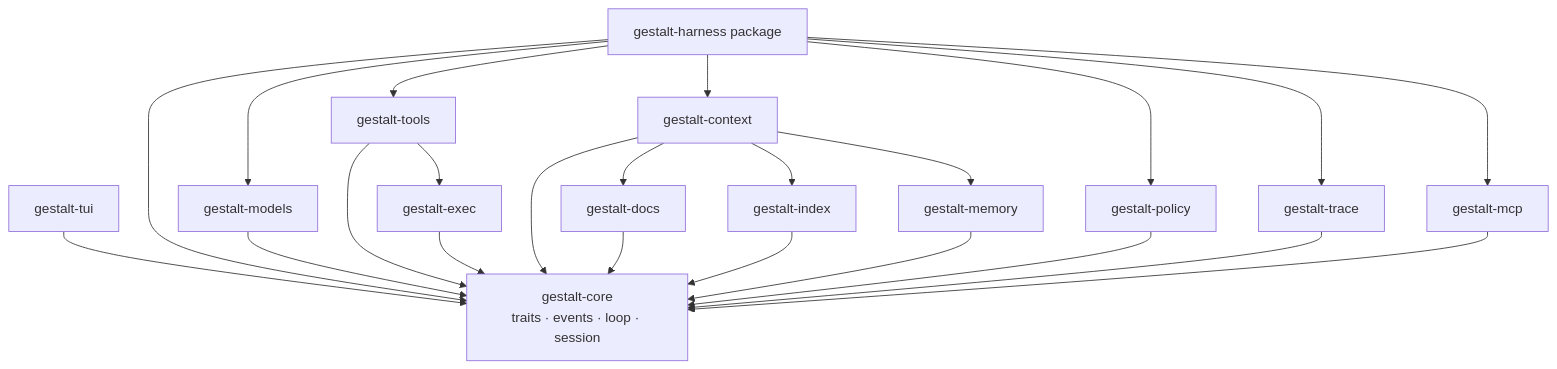
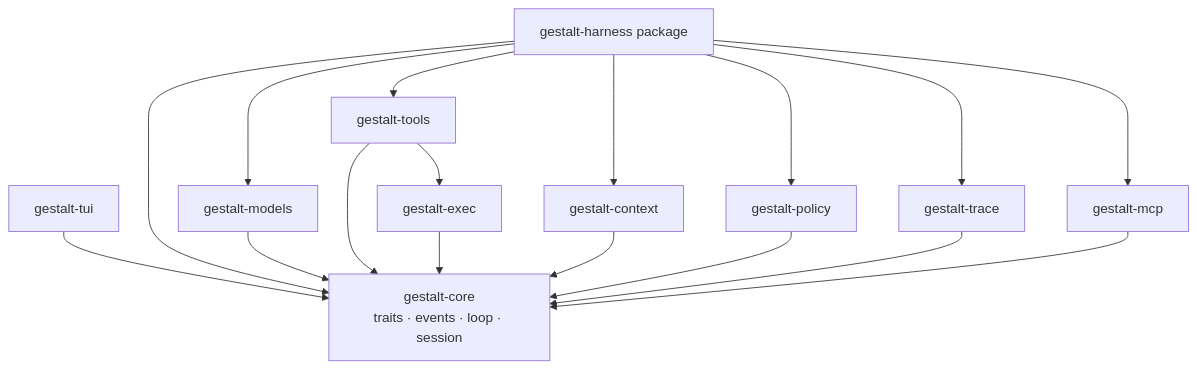
The second of 11 diagrams in docs/gestalt-harness-architecture.md (woshi517/gestalt-harness), drawn with Mermaid before and after one commit. The commit also changed other lines of this file and 12 other files, not shown here.

````diff
--- a/docs/gestalt-harness-architecture.md
+++ b/docs/gestalt-harness-architecture.md
@@ -116,43 +116,34 @@
 ```mermaid
 graph TD
     CLI[gestalt-harness package]
     TUI[gestalt-tui]
 
     Core[gestalt-core<br/>traits · events · loop · session]
 
     Models[gestalt-models]
     Tools[gestalt-tools]
     Context[gestalt-context]
     Policy[gestalt-policy]
     Trace[gestalt-trace]
     MCP[gestalt-mcp]
     Exec[gestalt-exec]
-    Docs[gestalt-docs]
-    Index[gestalt-index]
-    Memory[gestalt-memory]
 
     CLI --> Core
     CLI --> Models
     CLI --> Tools
     CLI --> Context
     CLI --> Policy
     CLI --> Trace
     CLI --> MCP
 
     TUI --> Core
 
     Models --> Core
     Tools --> Core
     Tools --> Exec
     Context --> Core
-    Context --> Docs
-    Context --> Index
-    Context --> Memory
     Policy --> Core
     Trace --> Core
     MCP --> Core
-    Docs --> Core
-    Index --> Core
-    Memory --> Core
     Exec --> Core
 ```
````
